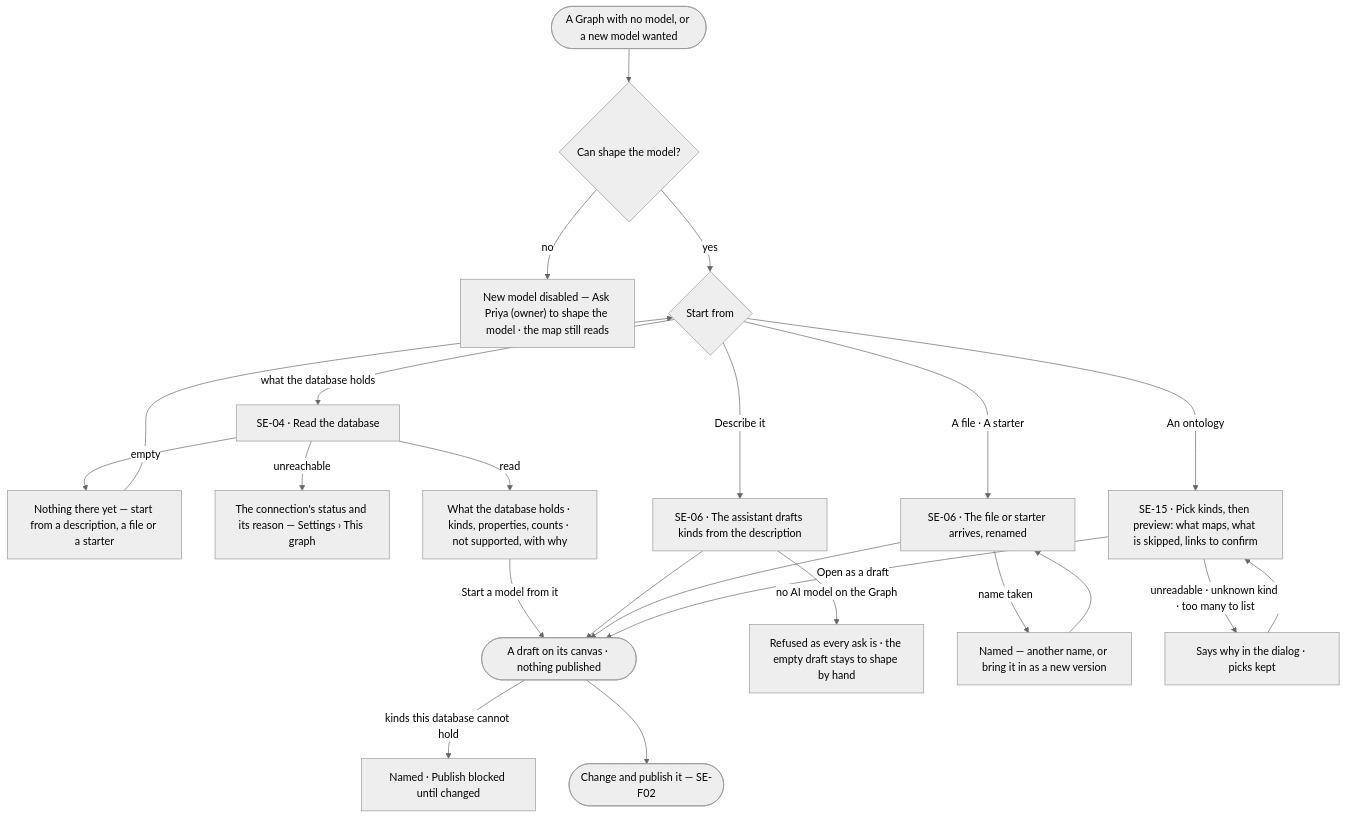
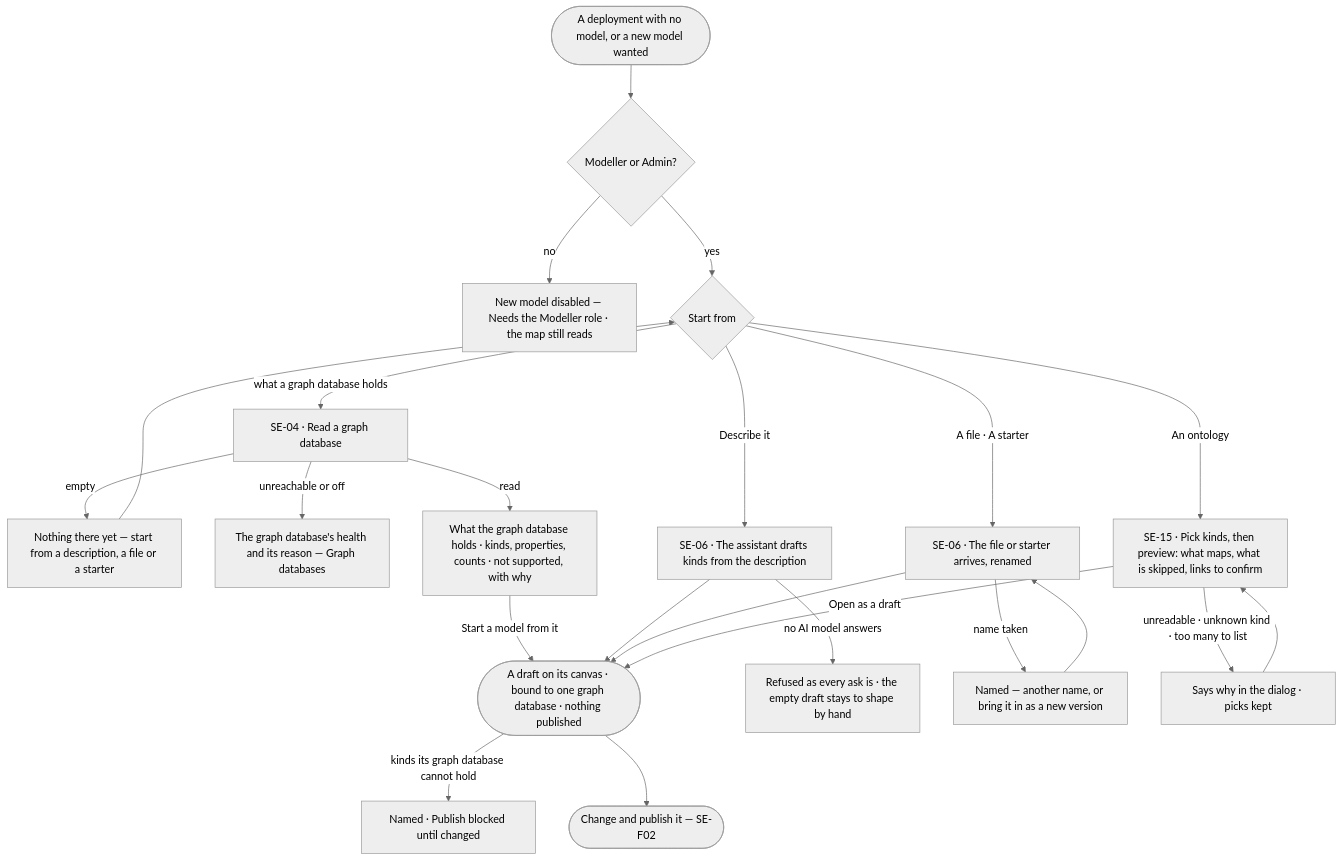
One commit to invana/invana changed the first of 2 diagrams in specs/capabilities/semantics/features/SE-F01-start-a-model/feature.md. Above: the diagram before and after it, drawn with Mermaid (neutral theme). The commit also changed other lines of this file and 522 other files, not shown here.

````diff
--- a/specs/capabilities/semantics/features/SE-F01-start-a-model/feature.md
+++ b/specs/capabilities/semantics/features/SE-F01-start-a-model/feature.md
@@ -25,22 +26,22 @@
 ```mermaid
 flowchart TD
-  start([A Graph with no model, or a new model wanted]) --> may{Can shape the model?}
-  may -->|no| na["New model disabled — Ask Priya (owner) to shape the model · the map still reads"]
+  start([A deployment with no model, or a new model wanted]) --> may{Modeller or Admin?}
+  may -->|no| na["New model disabled — Needs the Modeller role · the map still reads"]
   may -->|yes| from{Start from}
-  from -->|what the database holds| r["SE-04 · Read the database"]
+  from -->|what a graph database holds| r["SE-04 · Read a graph database"]
   r -->|empty| e["Nothing there yet — start from a description, a file or a starter"] --> from
-  r -->|unreachable| u["The connection's status and its reason — Settings › This graph"]
-  r -->|read| m["What the database holds · kinds, properties, counts · not supported, with why"]
+  r -->|unreachable or off| u["The graph database's health and its reason — Graph databases"]
+  r -->|read| m["What the graph database holds · kinds, properties, counts · not supported, with why"]
   m -->|Start a model from it| d
   from -->|Describe it| ds["SE-06 · The assistant drafts kinds from the description"]
-  ds -->|no AI model on the Graph| hand["Refused as every ask is · the empty draft stays to shape by hand"]
+  ds -->|no AI model answers| hand["Refused as every ask is · the empty draft stays to shape by hand"]
   ds --> d
   from -->|A file · A starter| f["SE-06 · The file or starter arrives, renamed"]
   f -->|name taken| nt["Named — another name, or bring it in as a new version"] --> f
   f --> d
   from -->|An ontology| o["SE-15 · Pick kinds, then preview: what maps, what is skipped, links to confirm"]
   o -->|unreadable · unknown kind · too many to list| oe["Says why in the dialog · picks kept"] --> o
   o -->|Open as a draft| d
-  d(["A draft on its canvas · nothing published"]) -->|kinds this database cannot hold| np["Named · Publish blocked until changed"]
+  d(["A draft on its canvas · bound to one graph database · nothing published"]) -->|kinds its graph database cannot hold| np["Named · Publish blocked until changed"]
   d --> pub(["Change and publish it — SE-F02"])
 ```
````
